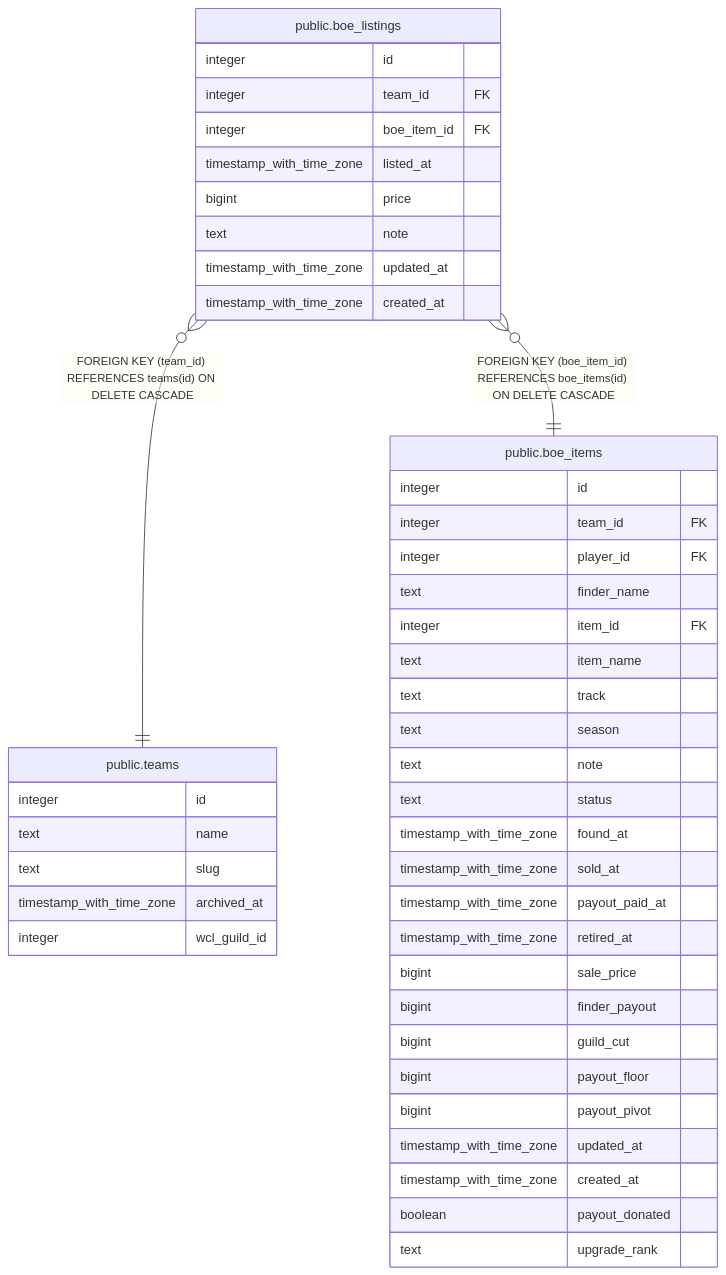
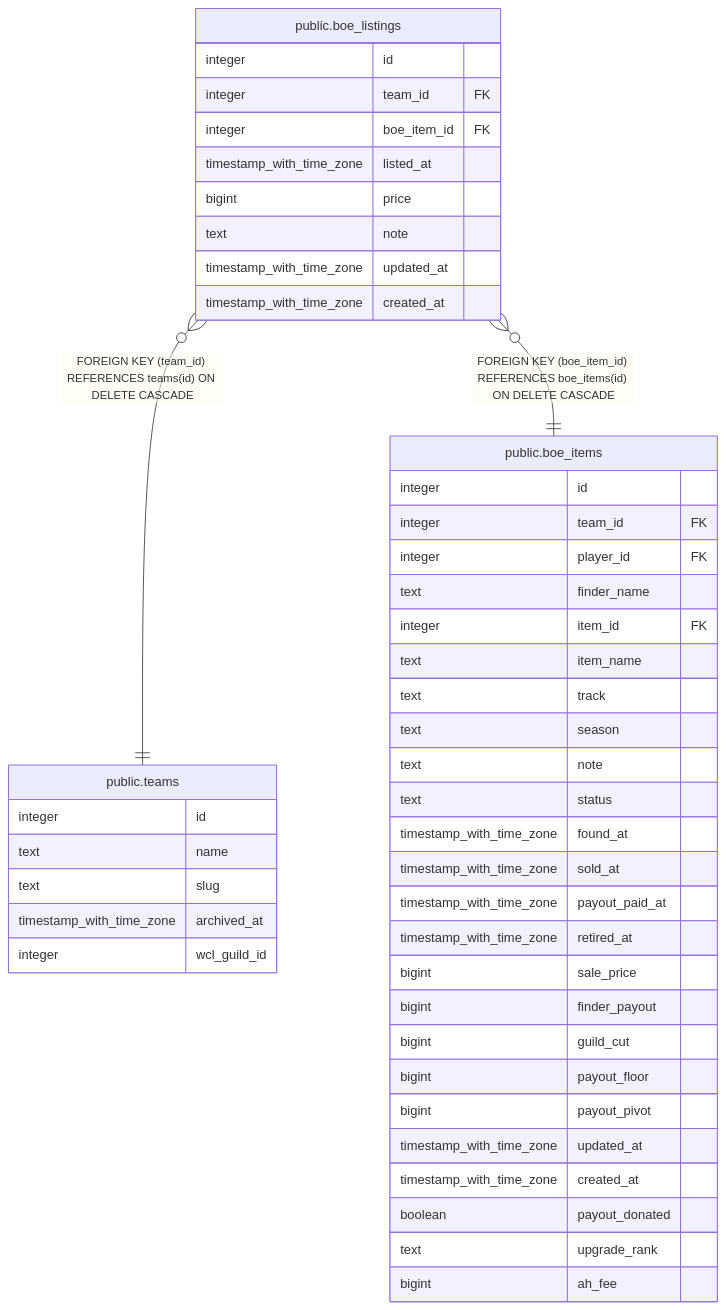
One commit to katogaming88/Phoenix-Roster changed the diagram in dbdoc/public.boe_listings.md. Above: the diagram before and after it, drawn with Mermaid. The commit also changed 26 other files, not shown here.

````diff
--- a/dbdoc/public.boe_listings.md
+++ b/dbdoc/public.boe_listings.md
@@ -41,49 +41,50 @@
 ```mermaid
 erDiagram
 
 "public.boe_listings" }o--|| "public.teams" : "FOREIGN KEY (team_id) REFERENCES teams(id) ON DELETE CASCADE"
 "public.boe_listings" }o--|| "public.boe_items" : "FOREIGN KEY (boe_item_id) REFERENCES boe_items(id) ON DELETE CASCADE"
 
 "public.boe_listings" {
   integer id
   integer team_id FK
   integer boe_item_id FK
   timestamp_with_time_zone listed_at
   bigint price
   text note
   timestamp_with_time_zone updated_at
   timestamp_with_time_zone created_at
 }
 "public.teams" {
   integer id
   text name
   text slug
   timestamp_with_time_zone archived_at
   integer wcl_guild_id
 }
 "public.boe_items" {
   integer id
   integer team_id FK
   integer player_id FK
   text finder_name
   integer item_id FK
   text item_name
   text track
   text season
   text note
   text status
   timestamp_with_time_zone found_at
   timestamp_with_time_zone sold_at
   timestamp_with_time_zone payout_paid_at
   timestamp_with_time_zone retired_at
   bigint sale_price
   bigint finder_payout
   bigint guild_cut
   bigint payout_floor
   bigint payout_pivot
   timestamp_with_time_zone updated_at
   timestamp_with_time_zone created_at
   boolean payout_donated
   text upgrade_rank
+  bigint ah_fee
 }
 ```
````
